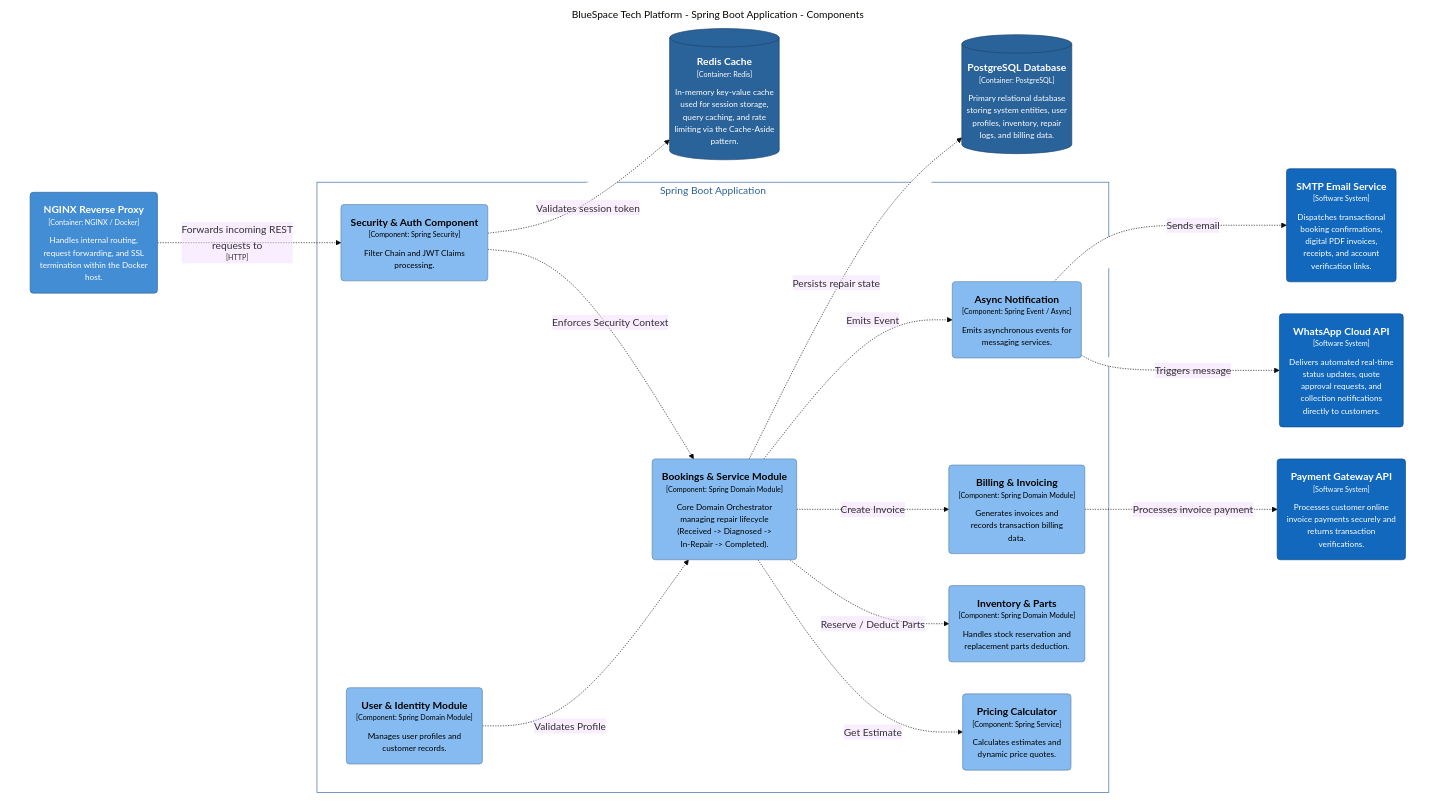
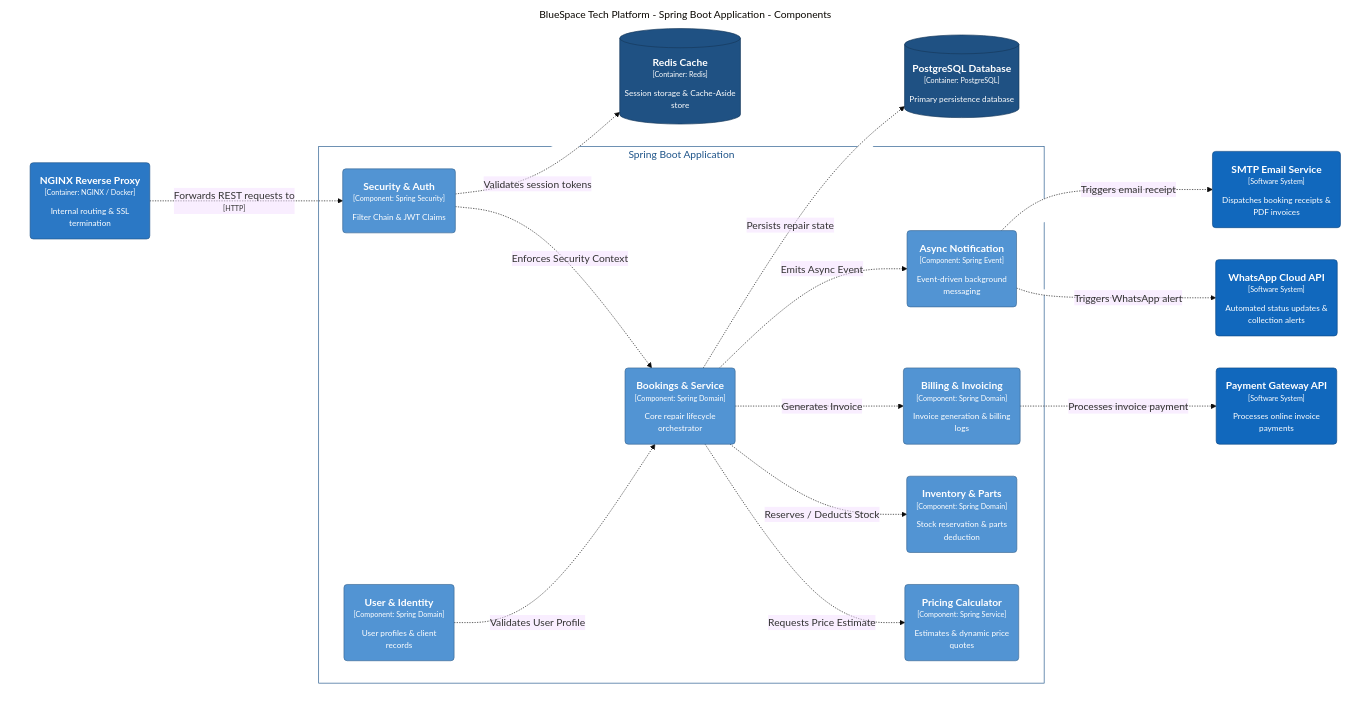
Before and after one commit to Luxolo2200/bluespace-tech-platform: the diagram in docs/architecture/diagrams/structurizr-Components.mmd, drawn with Mermaid (base theme). The commit also changed 5 other files, not shown here.

Commit message:
chore(docs): auto-generate updated mermaid .mmd and .png diagrams

```diff
--- a/docs/architecture/diagrams/structurizr-Components.mmd
+++ b/docs/architecture/diagrams/structurizr-Components.mmd
@@ -1,51 +1,51 @@
 graph TB
   linkStyle default fill:#ffffff
 
   subgraph diagram ["BlueSpace Tech Platform - Spring Boot Application - Components"]
     style diagram fill:#ffffff,stroke:#ffffff
 
-    7("<div style='font-weight: bold'>NGINX Reverse Proxy</div><div style='font-size: 70%; margin-top: 0px'>[Container: NGINX / Docker]</div><div style='font-size: 80%; margin-top:10px'>Handles internal routing,<br />request forwarding, and SSL<br />termination within the Docker<br />host.</div>")
-    style 7 fill:#438dd5,stroke:#2e6295,color:#ffffff
-    16[("<div style='font-weight: bold'>Redis Cache</div><div style='font-size: 70%; margin-top: 0px'>[Container: Redis]</div><div style='font-size: 80%; margin-top:10px'>In-memory key-value cache<br />used for session storage,<br />query caching, and rate<br />limiting via the Cache-Aside<br />pattern.</div>")]
-    style 16 fill:#2a629a,stroke:#1d446b,color:#ffffff
-    17[("<div style='font-weight: bold'>PostgreSQL Database</div><div style='font-size: 70%; margin-top: 0px'>[Container: PostgreSQL]</div><div style='font-size: 80%; margin-top:10px'>Primary relational database<br />storing system entities, user<br />profiles, inventory, repair<br />logs, and billing data.</div>")]
-    style 17 fill:#2a629a,stroke:#1d446b,color:#ffffff
-    18("<div style='font-weight: bold'>WhatsApp Cloud API</div><div style='font-size: 70%; margin-top: 0px'>[Software System]</div><div style='font-size: 80%; margin-top:10px'>Delivers automated real-time<br />status updates, quote<br />approval requests, and<br />collection notifications<br />directly to customers.</div>")
+    7("<div style='font-weight: bold'>NGINX Reverse Proxy</div><div style='font-size: 70%; margin-top: 0px'>[Container: NGINX / Docker]</div><div style='font-size: 80%; margin-top:10px'>Internal routing & SSL<br />termination</div>")
+    style 7 fill:#2b78c5,stroke:#1e5489,color:#ffffff
+    16[("<div style='font-weight: bold'>Redis Cache</div><div style='font-size: 70%; margin-top: 0px'>[Container: Redis]</div><div style='font-size: 80%; margin-top:10px'>Session storage & Cache-Aside<br />store</div>")]
+    style 16 fill:#1f5183,stroke:#15385b,color:#ffffff
+    17[("<div style='font-weight: bold'>PostgreSQL Database</div><div style='font-size: 70%; margin-top: 0px'>[Container: PostgreSQL]</div><div style='font-size: 80%; margin-top:10px'>Primary persistence database</div>")]
+    style 17 fill:#1f5183,stroke:#15385b,color:#ffffff
+    18("<div style='font-weight: bold'>WhatsApp Cloud API</div><div style='font-size: 70%; margin-top: 0px'>[Software System]</div><div style='font-size: 80%; margin-top:10px'>Automated status updates &<br />collection alerts</div>")
     style 18 fill:#1168bd,stroke:#0b4884,color:#ffffff
-    19("<div style='font-weight: bold'>Payment Gateway API</div><div style='font-size: 70%; margin-top: 0px'>[Software System]</div><div style='font-size: 80%; margin-top:10px'>Processes customer online<br />invoice payments securely and<br />returns transaction<br />verifications.</div>")
+    19("<div style='font-weight: bold'>Payment Gateway API</div><div style='font-size: 70%; margin-top: 0px'>[Software System]</div><div style='font-size: 80%; margin-top:10px'>Processes online invoice<br />payments</div>")
     style 19 fill:#1168bd,stroke:#0b4884,color:#ffffff
-    20("<div style='font-weight: bold'>SMTP Email Service</div><div style='font-size: 70%; margin-top: 0px'>[Software System]</div><div style='font-size: 80%; margin-top:10px'>Dispatches transactional<br />booking confirmations,<br />digital PDF invoices,<br />receipts, and account<br />verification links.</div>")
+    20("<div style='font-weight: bold'>SMTP Email Service</div><div style='font-size: 70%; margin-top: 0px'>[Software System]</div><div style='font-size: 80%; margin-top:10px'>Dispatches booking receipts &<br />PDF invoices</div>")
     style 20 fill:#1168bd,stroke:#0b4884,color:#ffffff
 
     subgraph 8 [Spring Boot Application]
-      style 8 fill:#ffffff,stroke:#2e6295,color:#2e6295
+      style 8 fill:#ffffff,stroke:#1e5489,color:#1e5489
 
-      10("<div style='font-weight: bold'>User & Identity Module</div><div style='font-size: 70%; margin-top: 0px'>[Component: Spring Domain Module]</div><div style='font-size: 80%; margin-top:10px'>Manages user profiles and<br />customer records.</div>")
-      style 10 fill:#85bbf0,stroke:#5d82a8,color:#000000
-      11("<div style='font-weight: bold'>Bookings & Service Module</div><div style='font-size: 70%; margin-top: 0px'>[Component: Spring Domain Module]</div><div style='font-size: 80%; margin-top:10px'>Core Domain Orchestrator<br />managing repair lifecycle<br />(Received -> Diagnosed -><br />In-Repair -> Completed).</div>")
-      style 11 fill:#85bbf0,stroke:#5d82a8,color:#000000
-      12("<div style='font-weight: bold'>Pricing Calculator</div><div style='font-size: 70%; margin-top: 0px'>[Component: Spring Service]</div><div style='font-size: 80%; margin-top:10px'>Calculates estimates and<br />dynamic price quotes.</div>")
-      style 12 fill:#85bbf0,stroke:#5d82a8,color:#000000
-      13("<div style='font-weight: bold'>Inventory & Parts</div><div style='font-size: 70%; margin-top: 0px'>[Component: Spring Domain Module]</div><div style='font-size: 80%; margin-top:10px'>Handles stock reservation and<br />replacement parts deduction.</div>")
-      style 13 fill:#85bbf0,stroke:#5d82a8,color:#000000
-      14("<div style='font-weight: bold'>Billing & Invoicing</div><div style='font-size: 70%; margin-top: 0px'>[Component: Spring Domain Module]</div><div style='font-size: 80%; margin-top:10px'>Generates invoices and<br />records transaction billing<br />data.</div>")
-      style 14 fill:#85bbf0,stroke:#5d82a8,color:#000000
-      15("<div style='font-weight: bold'>Async Notification</div><div style='font-size: 70%; margin-top: 0px'>[Component: Spring Event / Async]</div><div style='font-size: 80%; margin-top:10px'>Emits asynchronous events for<br />messaging services.</div>")
-      style 15 fill:#85bbf0,stroke:#5d82a8,color:#000000
-      9("<div style='font-weight: bold'>Security & Auth Component</div><div style='font-size: 70%; margin-top: 0px'>[Component: Spring Security]</div><div style='font-size: 80%; margin-top:10px'>Filter Chain and JWT Claims<br />processing.</div>")
-      style 9 fill:#85bbf0,stroke:#5d82a8,color:#000000
+      10("<div style='font-weight: bold'>User & Identity</div><div style='font-size: 70%; margin-top: 0px'>[Component: Spring Domain]</div><div style='font-size: 80%; margin-top:10px'>User profiles & client<br />records</div>")
+      style 10 fill:#5294d3,stroke:#396793,color:#ffffff
+      11("<div style='font-weight: bold'>Bookings & Service</div><div style='font-size: 70%; margin-top: 0px'>[Component: Spring Domain]</div><div style='font-size: 80%; margin-top:10px'>Core repair lifecycle<br />orchestrator</div>")
+      style 11 fill:#5294d3,stroke:#396793,color:#ffffff
+      12("<div style='font-weight: bold'>Pricing Calculator</div><div style='font-size: 70%; margin-top: 0px'>[Component: Spring Service]</div><div style='font-size: 80%; margin-top:10px'>Estimates & dynamic price<br />quotes</div>")
+      style 12 fill:#5294d3,stroke:#396793,color:#ffffff
+      13("<div style='font-weight: bold'>Inventory & Parts</div><div style='font-size: 70%; margin-top: 0px'>[Component: Spring Domain]</div><div style='font-size: 80%; margin-top:10px'>Stock reservation & parts<br />deduction</div>")
+      style 13 fill:#5294d3,stroke:#396793,color:#ffffff
+      14("<div style='font-weight: bold'>Billing & Invoicing</div><div style='font-size: 70%; margin-top: 0px'>[Component: Spring Domain]</div><div style='font-size: 80%; margin-top:10px'>Invoice generation & billing<br />logs</div>")
+      style 14 fill:#5294d3,stroke:#396793,color:#ffffff
+      15("<div style='font-weight: bold'>Async Notification</div><div style='font-size: 70%; margin-top: 0px'>[Component: Spring Event]</div><div style='font-size: 80%; margin-top:10px'>Event-driven background<br />messaging</div>")
+      style 15 fill:#5294d3,stroke:#396793,color:#ffffff
+      9("<div style='font-weight: bold'>Security & Auth</div><div style='font-size: 70%; margin-top: 0px'>[Component: Spring Security]</div><div style='font-size: 80%; margin-top:10px'>Filter Chain & JWT Claims</div>")
+      style 9 fill:#5294d3,stroke:#396793,color:#ffffff
     end
 
-    7-. "<div>Forwards incoming REST<br />requests to</div><div style='font-size: 70%'>[HTTP]</div>" .->9
+    7-. "<div>Forwards REST requests to</div><div style='font-size: 70%'>[HTTP]</div>" .->9
     9-. "<div>Enforces Security Context</div><div style='font-size: 70%'></div>" .->11
-    10-. "<div>Validates Profile</div><div style='font-size: 70%'></div>" .->11
-    11-. "<div>Get Estimate</div><div style='font-size: 70%'></div>" .->12
-    11-. "<div>Reserve / Deduct Parts</div><div style='font-size: 70%'></div>" .->13
-    11-. "<div>Create Invoice</div><div style='font-size: 70%'></div>" .->14
-    11-. "<div>Emits Event</div><div style='font-size: 70%'></div>" .->15
-    9-. "<div>Validates session token</div><div style='font-size: 70%'></div>" .->16
+    10-. "<div>Validates User Profile</div><div style='font-size: 70%'></div>" .->11
+    11-. "<div>Requests Price Estimate</div><div style='font-size: 70%'></div>" .->12
+    11-. "<div>Reserves / Deducts Stock</div><div style='font-size: 70%'></div>" .->13
+    11-. "<div>Generates Invoice</div><div style='font-size: 70%'></div>" .->14
+    11-. "<div>Emits Async Event</div><div style='font-size: 70%'></div>" .->15
+    9-. "<div>Validates session tokens</div><div style='font-size: 70%'></div>" .->16
     11-. "<div>Persists repair state</div><div style='font-size: 70%'></div>" .->17
     14-. "<div>Processes invoice payment</div><div style='font-size: 70%'></div>" .->19
-    15-. "<div>Triggers message</div><div style='font-size: 70%'></div>" .->18
-    15-. "<div>Sends email</div><div style='font-size: 70%'></div>" .->20
+    15-. "<div>Triggers WhatsApp alert</div><div style='font-size: 70%'></div>" .->18
+    15-. "<div>Triggers email receipt</div><div style='font-size: 70%'></div>" .->20
   end
```
